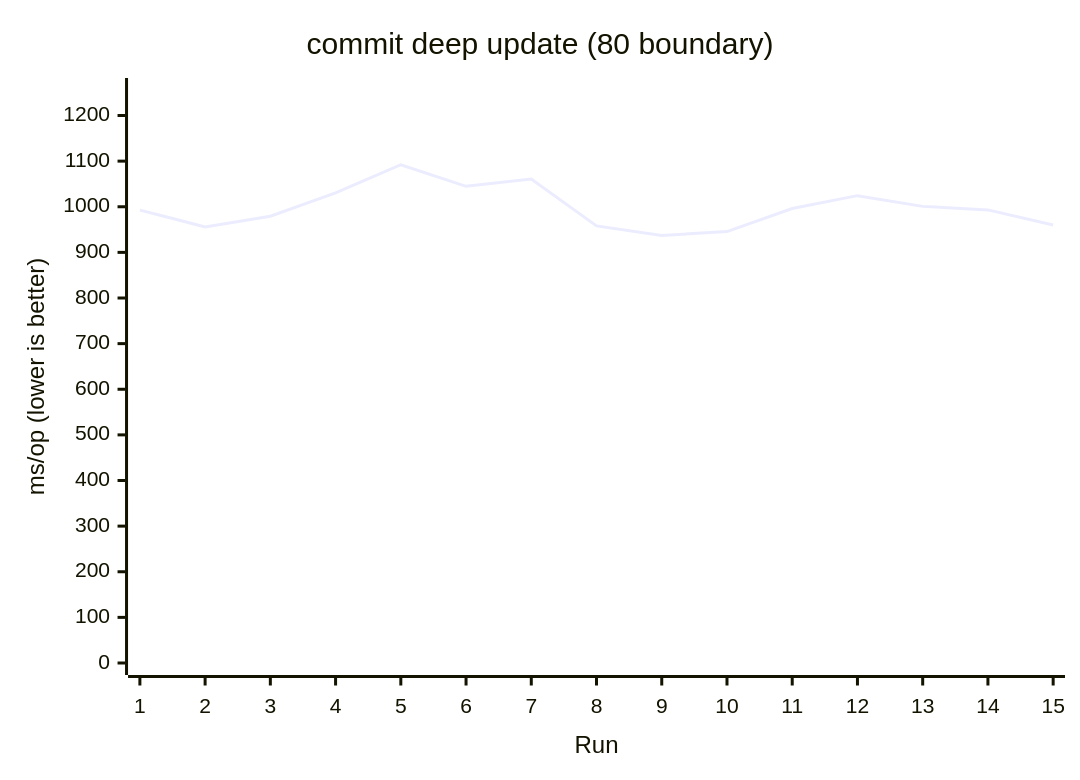
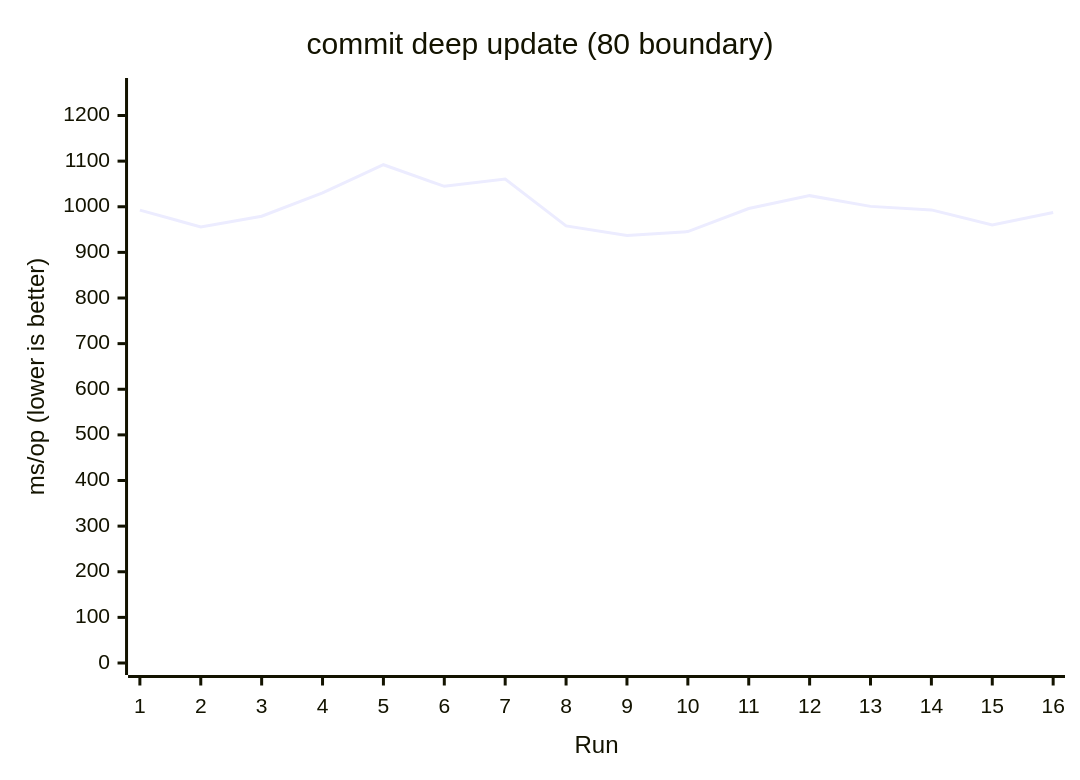
One commit to AIluffy/io changed the sixth of 17 diagrams in apps/docs/src/content/docs/en/guides/benchmark.mdx. Above: the diagram before and after it, drawn with Mermaid. The commit also changed other lines of this file and 25 other files, not shown here.

````diff
--- a/apps/docs/src/content/docs/en/guides/benchmark.mdx
+++ b/apps/docs/src/content/docs/en/guides/benchmark.mdx
@@ -267,7 +250,7 @@
 ```mermaid
 xychart-beta
   title "commit deep update (80 boundary)"
-  x-axis "Run" [1, 2, 3, 4, 5, 6, 7, 8, 9, 10, 11, 12, 13, 14, 15]
+  x-axis "Run" [1, 2, 3, 4, 5, 6, 7, 8, 9, 10, 11, 12, 13, 14, 15, 16]
   y-axis "ms/op (lower is better)" 0 --> 1255.9128
-  line [992.725, 955.8344, 979.2947, 1030.485, 1092.0981, 1044.7571, 1060.7891, 958.0996, 937.104, 945.5124, 996.1228, 1024.3481, 1000.8426, 993.1195, 960.0815]
+  line [992.725, 955.8344, 979.2947, 1030.485, 1092.0981, 1044.7571, 1060.7891, 958.0996, 937.104, 945.5124, 996.1228, 1024.3481, 1000.8426, 993.1195, 960.0815, 987.3555]
 ```
````
